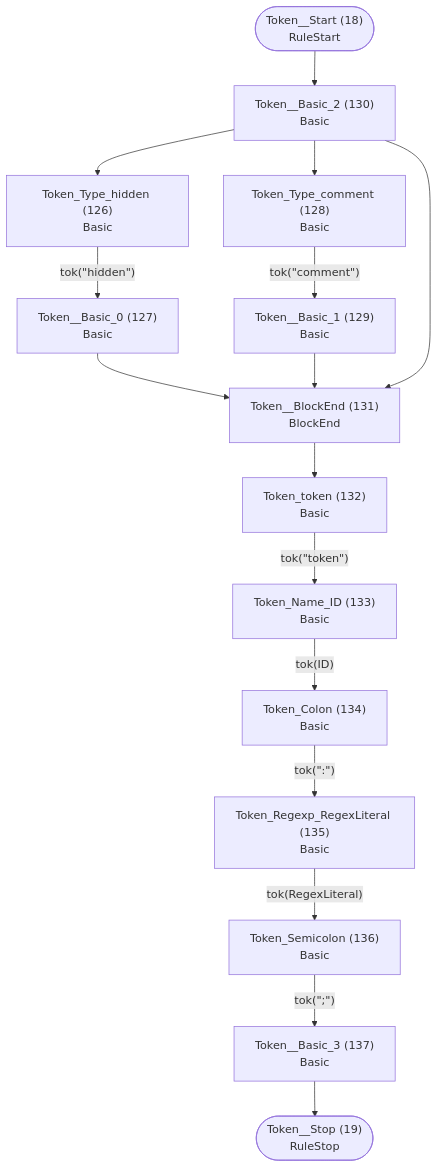
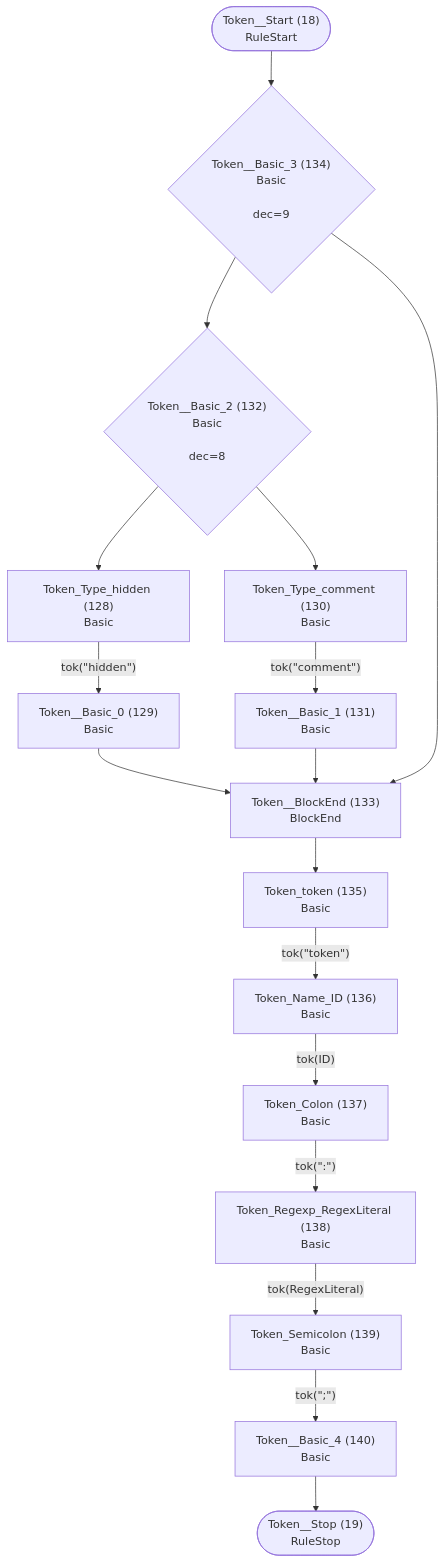
The tenth of 26 diagrams in internal/grammar/atn.md (TypeFox/fastbelt), drawn with Mermaid before and after one commit. The commit also changed other lines of this file and 53 other files, not shown here.

````diff
--- a/internal/grammar/atn.md
+++ b/internal/grammar/atn.md
@@ -257,33 +261,35 @@
 ```mermaid
 flowchart TD
     q18(["Token__Start (18)<br/>RuleStart"])
     q19(["Token__Stop (19)<br/>RuleStop"])
-    q126["Token_Type_hidden (126)<br/>Basic<br/>"]
-    q127["Token__Basic_0 (127)<br/>Basic<br/>"]
-    q128["Token_Type_comment (128)<br/>Basic<br/>"]
-    q129["Token__Basic_1 (129)<br/>Basic<br/>"]
-    q130["Token__Basic_2 (130)<br/>Basic<br/>"]
-    q131["Token__BlockEnd (131)<br/>BlockEnd<br/>"]
-    q132["Token_token (132)<br/>Basic<br/>"]
-    q133["Token_Name_ID (133)<br/>Basic<br/>"]
-    q134["Token_Colon (134)<br/>Basic<br/>"]
-    q135["Token_Regexp_RegexLiteral (135)<br/>Basic<br/>"]
-    q136["Token_Semicolon (136)<br/>Basic<br/>"]
-    q137["Token__Basic_3 (137)<br/>Basic<br/>"]
+    q128["Token_Type_hidden (128)<br/>Basic<br/>"]
+    q129["Token__Basic_0 (129)<br/>Basic<br/>"]
+    q130["Token_Type_comment (130)<br/>Basic<br/>"]
+    q131["Token__Basic_1 (131)<br/>Basic<br/>"]
+    q132{"Token__Basic_2 (132)<br/>Basic<br/><br/>dec=8"}
+    q133["Token__BlockEnd (133)<br/>BlockEnd<br/>"]
+    q134{"Token__Basic_3 (134)<br/>Basic<br/><br/>dec=9"}
+    q135["Token_token (135)<br/>Basic<br/>"]
+    q136["Token_Name_ID (136)<br/>Basic<br/>"]
+    q137["Token_Colon (137)<br/>Basic<br/>"]
+    q138["Token_Regexp_RegexLiteral (138)<br/>Basic<br/>"]
+    q139["Token_Semicolon (139)<br/>Basic<br/>"]
+    q140["Token__Basic_4 (140)<br/>Basic<br/>"]
 
-    q18 --> q130
-    q126 -->|"tok(&quot;hidden&quot;)"| q127
-    q127 --> q131
-    q128 -->|"tok(&quot;comment&quot;)"| q129
-    q129 --> q131
-    q130 --> q126
-    q130 --> q128
-    q130 --> q131
-    q131 --> q132
-    q132 -->|"tok(&quot;token&quot;)"| q133
-    q133 -->|"tok(ID)"| q134
-    q134 -->|"tok(&quot;:&quot;)"| q135
-    q135 -->|"tok(RegexLiteral)"| q136
-    q136 -->|"tok(&quot;;&quot;)"| q137
-    q137 --> q19
+    q18 --> q134
+    q128 -->|"tok(&quot;hidden&quot;)"| q129
+    q129 --> q133
+    q130 -->|"tok(&quot;comment&quot;)"| q131
+    q131 --> q133
+    q132 --> q128
+    q132 --> q130
+    q133 --> q135
+    q134 --> q132
+    q134 --> q133
+    q135 -->|"tok(&quot;token&quot;)"| q136
+    q136 -->|"tok(ID)"| q137
+    q137 -->|"tok(&quot;:&quot;)"| q138
+    q138 -->|"tok(RegexLiteral)"| q139
+    q139 -->|"tok(&quot;;&quot;)"| q140
+    q140 --> q19
 ```
````
